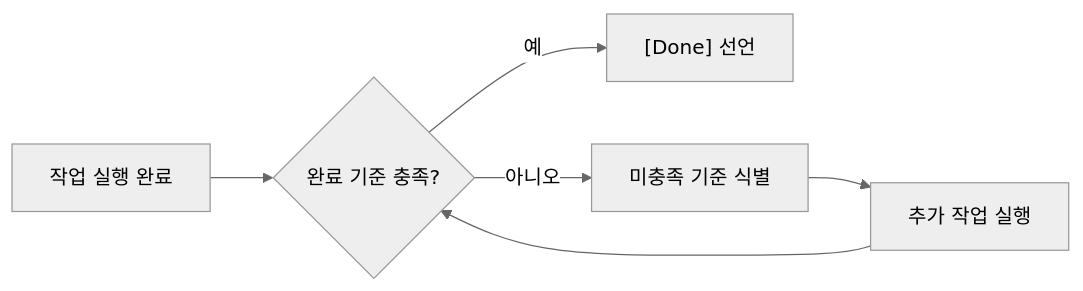
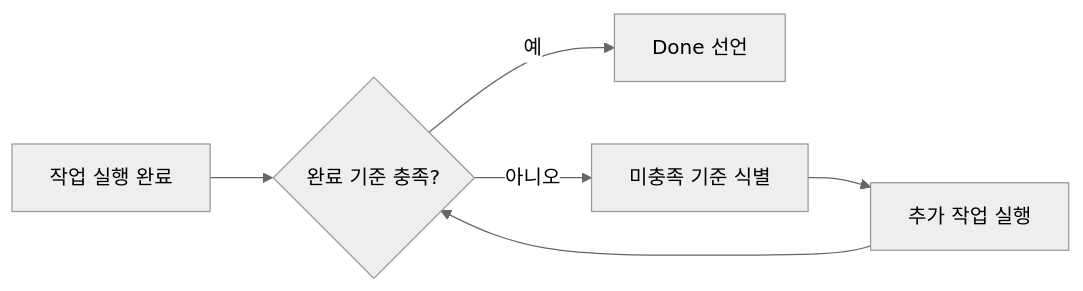
One commit to baekenough/oh-my-customcode changed the fifth of 7 diagrams in ARCHITECTURE_ko.md. Above: the diagram before and after it, drawn with Mermaid (neutral theme). The commit also changed other lines of this file and 14 other files, not shown here.

````diff
--- a/ARCHITECTURE_ko.md
+++ b/ARCHITECTURE_ko.md
@@ -296,8 +296,8 @@
 ```mermaid
 flowchart LR
     A[작업 실행 완료] --> B{완료 기준 충족?}
-    B -- 예 --> C["[Done] 선언"]
+    B -- 예 --> C["Done 선언"]
     B -- 아니오 --> D[미충족 기준 식별]
     D --> E[추가 작업 실행]
     E --> B
 ```
````
